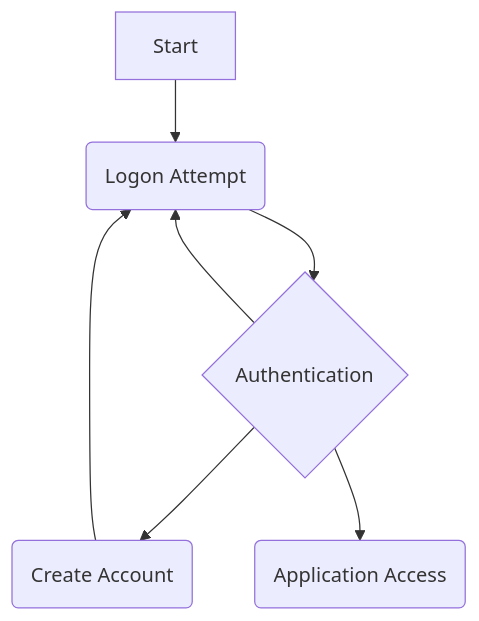
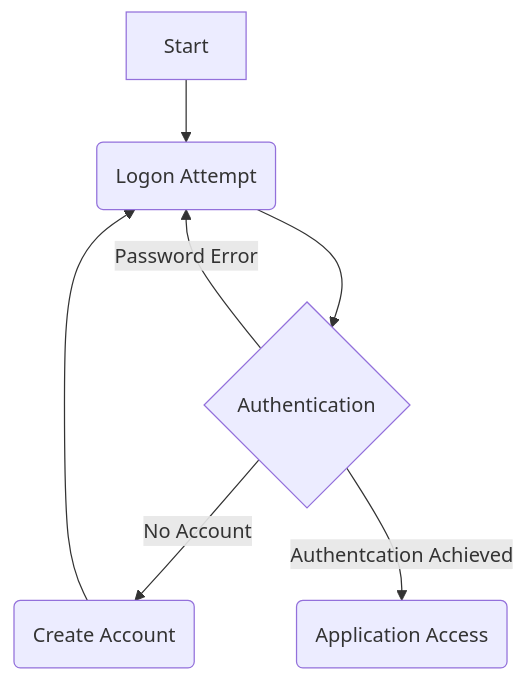
The first of 4 diagrams in Overview.md (DaveM86/Authentication), drawn with Mermaid before and after one commit.

Commit message:
Updated Flow Diagram

````diff
--- a/Overview.md
+++ b/Overview.md
@@ -2,9 +2,9 @@
 ```mermaid
 graph TD;
     A[Start]-->B(Logon Attempt);
-    B-->C{Authentication};
-    C-->B;
-    C-->D(Create Account);
-    D-->B;
-    C-->E(Application Access);
+    B --> C{Authentication};
+    C -->|Password Error| B;
+    C -->|No Account| D(Create Account);
+    D --> B;
+    C -->|Authentcation Achieved| E(Application Access);
 ```
````
